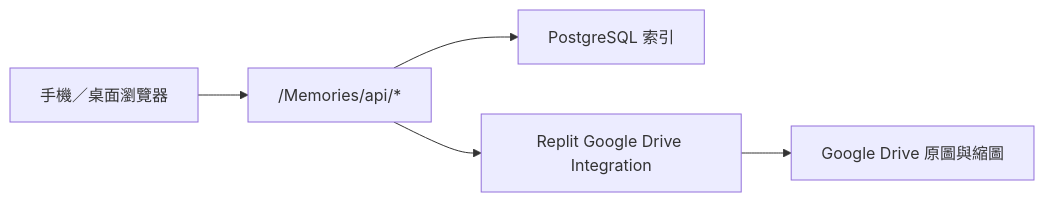
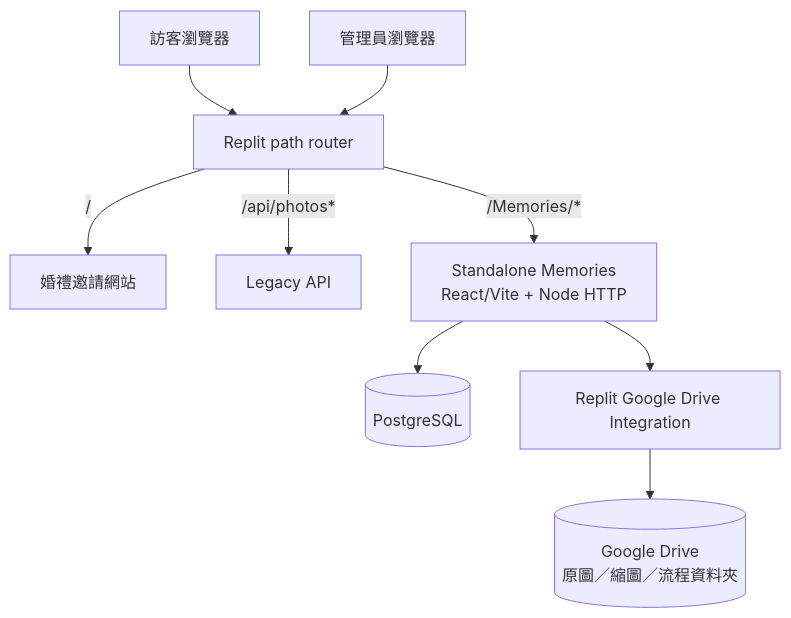
The first of 7 diagrams in README.md (royleon4/huang_yeh_wedding), drawn with Mermaid before and after one commit. The commit also changed other lines of this file, not shown here.

Commit message:
Rewrite project README from latest Memories architecture

````diff
--- a/README.md
+++ b/README.md
@@ -51,7 +104,20 @@
 ```mermaid
-flowchart LR
-  Browser["手機／桌面瀏覽器"] --> API["/Memories/api/*"]
-  API --> DB["PostgreSQL 索引"]
-  API --> Connector["Replit Google Drive Integration"]
-  Connector --> Drive["Google Drive 原圖與縮圖"]
+flowchart TB
+  Visitor[訪客瀏覽器]
+  Admin[管理員瀏覽器]
+  Router[Replit path router]
+  Legacy[婚禮邀請網站]
+  LegacyAPI[Legacy API]
+  Memories[Standalone Memories\nReact/Vite + Node HTTP]
+  DB[(PostgreSQL)]
+  Connector[Replit Google Drive Integration]
+  Drive[(Google Drive\n原圖／縮圖／流程資料夾)]
+
+  Visitor --> Router
+  Admin --> Router
+  Router -->|/| Legacy
+  Router -->|/api/photos*| LegacyAPI
+  Router -->|/Memories/*| Memories
+  Memories --> DB
+  Memories --> Connector --> Drive
 ```
````
